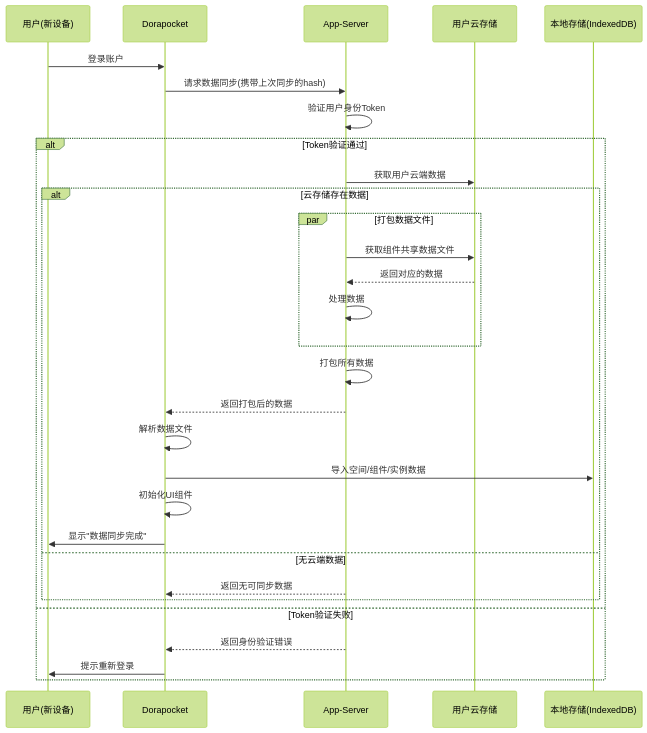
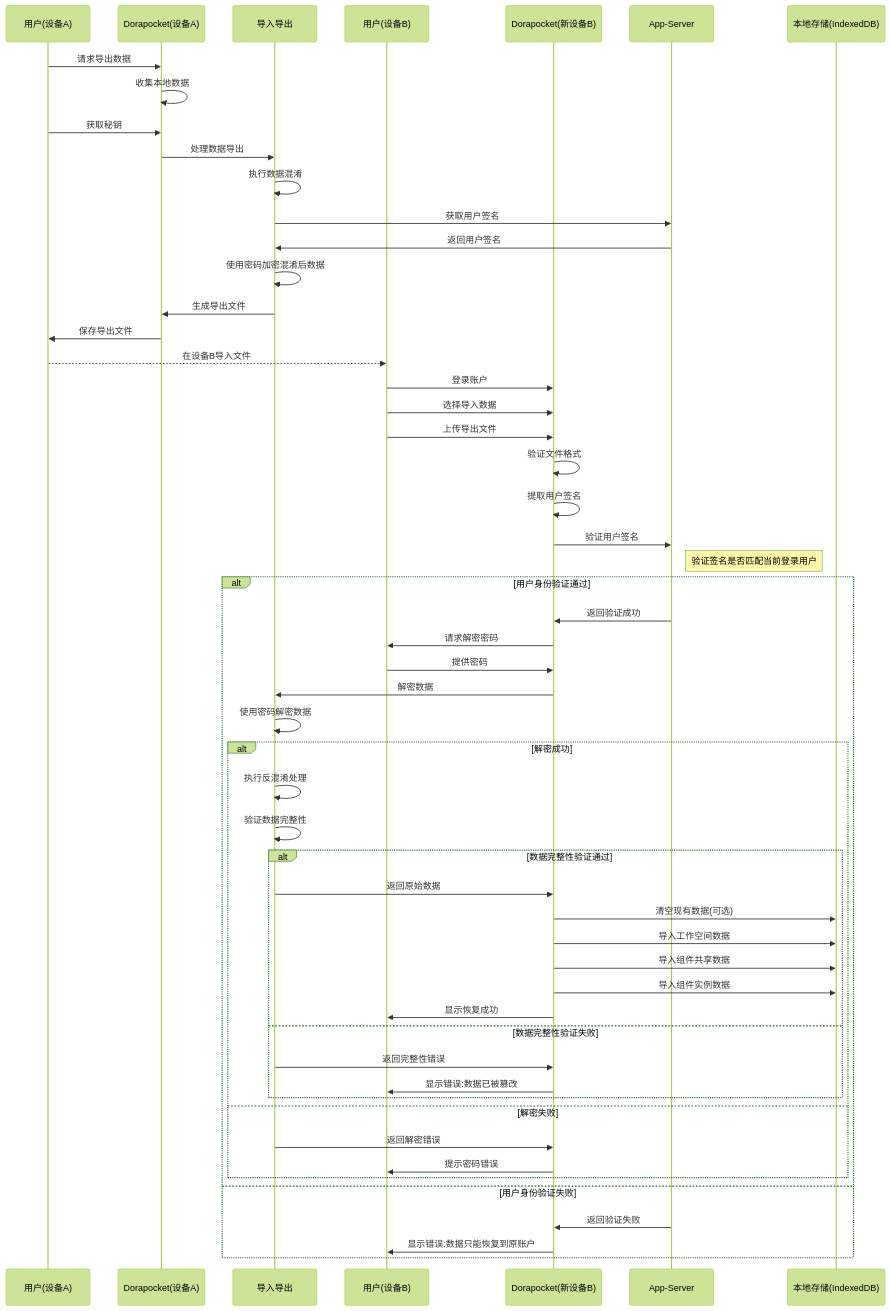
The diagram in all/未命名-38.md (yingjianzh/iodraw-files), drawn with Mermaid (forest theme) before and after one commit.

Commit message:
2025-04-21 14:17:16 update

````diff
--- a/all/未命名-38.md
+++ b/all/未命名-38.md
@@ -1,44 +1,71 @@
 ```mermaid
+
 sequenceDiagram
-    participant User as 用户(新设备)
-    participant App as Dorapocket
+    participant UserOld as 用户(设备A)
+    participant AppOld as Dorapocket(设备A)
+    participant Security as 导入导出
+    participant UserNew as 用户(设备B)
+    participant AppNew as Dorapocket(新设备B)
     participant AppServer as App-Server
-    participant UserCloud as 用户云存储
     participant LocalDB as 本地存储(IndexedDB)
     
-    User->>App: 登录账户
+    %% 导出流程
+    UserOld->>AppOld: 请求导出数据
+    AppOld->>AppOld: 收集本地数据
+    UserOld->>AppOld: 获取秘钥
     
-    App->>AppServer: 请求数据同步(携带上次同步的hash)
-    AppServer->>AppServer: 验证用户身份Token
+    AppOld->>Security: 处理数据导出
+    Security->>Security: 执行数据混淆
+    Security->>AppServer: 获取用户签名
+    AppServer->>Security: 返回用户签名
+    Security->>Security: 使用密码加密混淆后数据
+    Security->>AppOld: 生成导出文件
+    AppOld->>UserOld: 保存导出文件
     
-    alt Token验证通过
-        AppServer->>UserCloud: 获取用户云端数据
+    %% 传输文件(由用户完成)
+    UserOld-->>UserNew: 在设备B导入文件
+    
+    %% 恢复流程
+    UserNew->>AppNew: 登录账户
+    UserNew->>AppNew: 选择导入数据
+    UserNew->>AppNew: 上传导出文件
+    
+    AppNew->>AppNew: 验证文件格式
+    AppNew->>AppNew: 提取用户签名
+    
+    AppNew->>AppServer: 验证用户签名
+    note right of AppServer: 验证签名是否匹配当前登录用户
+    
+    alt 用户身份验证通过
+        AppServer->>AppNew: 返回验证成功
+        AppNew->>UserNew: 请求解密密码
+        UserNew->>AppNew: 提供密码
         
+        AppNew->>Security: 解密数据
+        Security->>Security: 使用密码解密数据
         
-        alt 云存储存在数据
-            par 打包数据文件
-                AppServer->>UserCloud: 获取组件共享数据文件
-                UserCloud-->>AppServer: 返回对应的数据
-                
-                AppServer->>AppServer: 处理数据
+        alt 解密成功
+            Security->>Security: 执行反混淆处理
+            Security->>Security: 验证数据完整性
+            
+            alt 数据完整性验证通过
+                Security->>AppNew: 返回原始数据
+                AppNew->>LocalDB: 清空现有数据(可选)
+                AppNew->>LocalDB: 导入工作空间数据
+                AppNew->>LocalDB: 导入组件共享数据
+                AppNew->>LocalDB: 导入组件实例数据
+                AppNew->>UserNew: 显示恢复成功
+            else 数据完整性验证失败
+                Security->>AppNew: 返回完整性错误
+                AppNew->>UserNew: 显示错误:数据已被篡改
             end
-            
-            AppServer->>AppServer: 打包所有数据
-            AppServer-->>App: 返回打包后的数据
-            
-            App->>App: 解析数据文件
+        else 解密失败
+            Security->>AppNew: 返回解密错误
+            AppNew->>UserNew: 提示密码错误
+        end
+    else 用户身份验证失败
+        AppServer->>AppNew: 返回验证失败
+        AppNew->>UserNew: 显示错误:数据只能恢复到原账户
+    end
 
-            
-            App->>LocalDB: 导入空间/组件/实例数据
-            
-            App->>App: 初始化UI组件
-            App->>User: 显示"数据同步完成"
-        else 无云端数据
-            AppServer-->>App: 返回无可同步数据
-    
-        end
-    else Token验证失败
-        AppServer-->>App: 返回身份验证错误
-        App->>User: 提示重新登录
-    end
 ```
````
